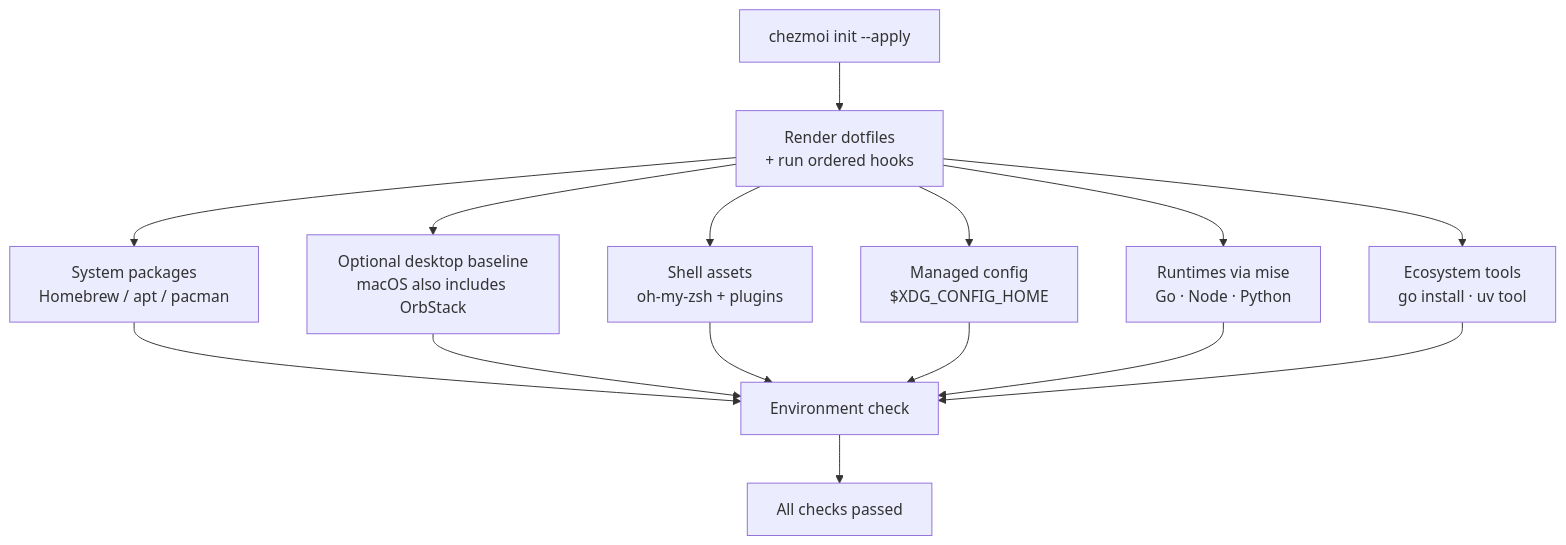
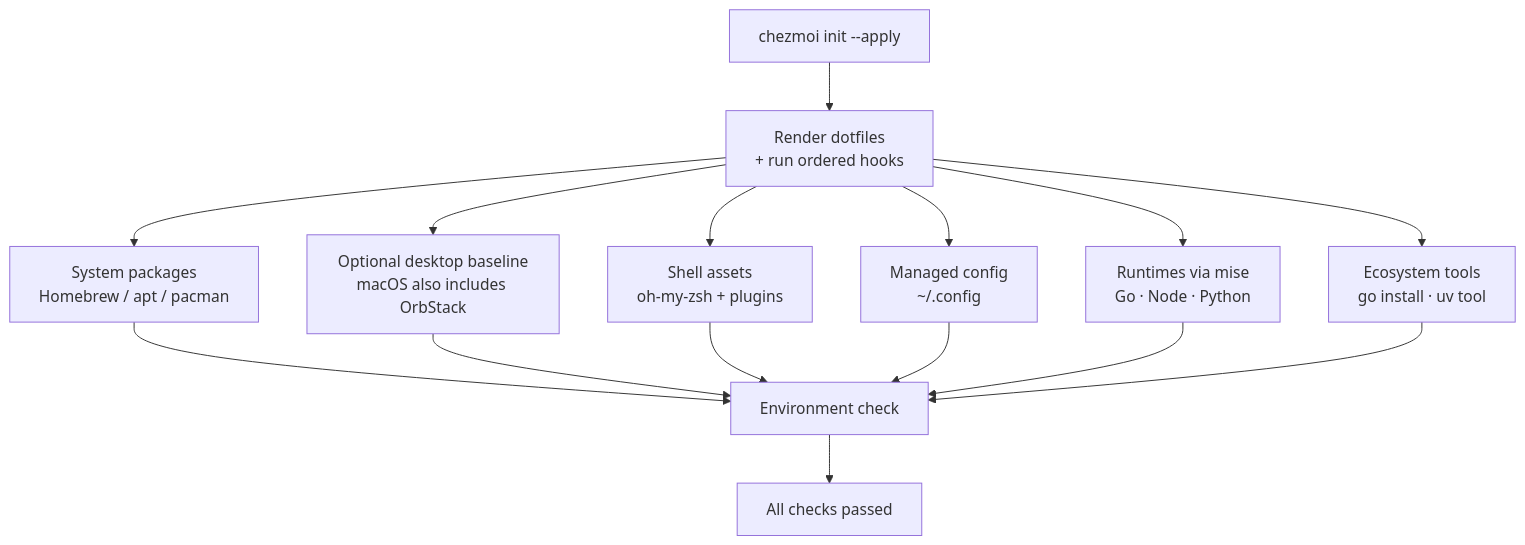
Before and after one commit to kangmingxuan/oh-my-devenv: the diagram in README.md, drawn with Mermaid. The commit also changed other lines of this file and 36 other files, not shown here.

First line of the commit message:
refactor!: manage XDG config with the main chezmoi source (#59)

````diff
--- a/README.md
+++ b/README.md
@@ -28,17 +28,17 @@
 ```mermaid
 flowchart TD
     A["chezmoi init --apply"] --> B["Render dotfiles<br/>+ run ordered hooks"]
     B --> C["System packages<br/>Homebrew / apt / pacman"]
     B --> D["Optional desktop baseline<br/>macOS also includes OrbStack"]
     B --> E["Shell assets<br/>oh-my-zsh + plugins"]
-    B --> X["Managed config<br/>$XDG_CONFIG_HOME"]
+    B --> X["Managed config<br/>~/.config"]
     B --> F["Runtimes via mise<br/>Go · Node · Python"]
     B --> G["Ecosystem tools<br/>go install · uv tool"]
     C --> H["Environment check"]
     D --> H
     E --> H
     X --> H
     F --> H
     G --> H
     H --> I["All checks passed"]
 ```
````
